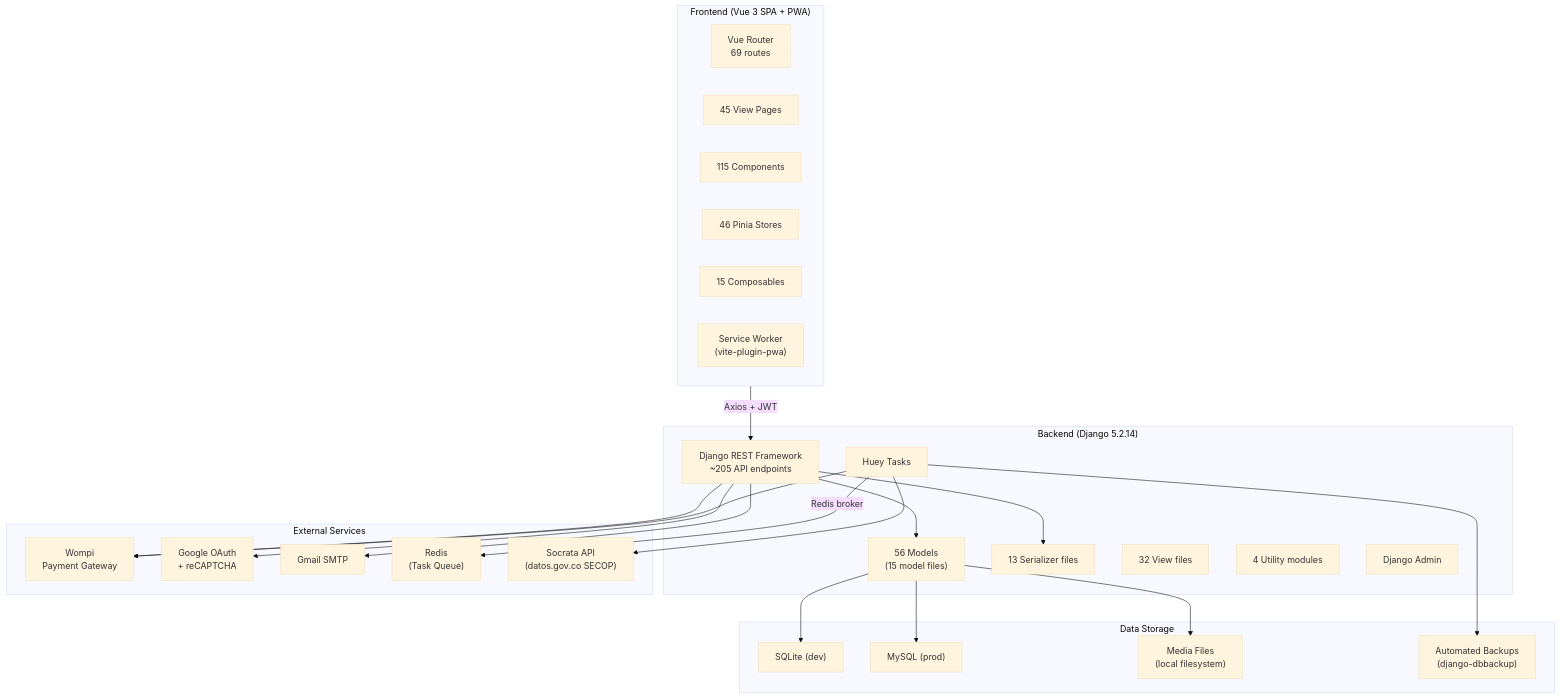
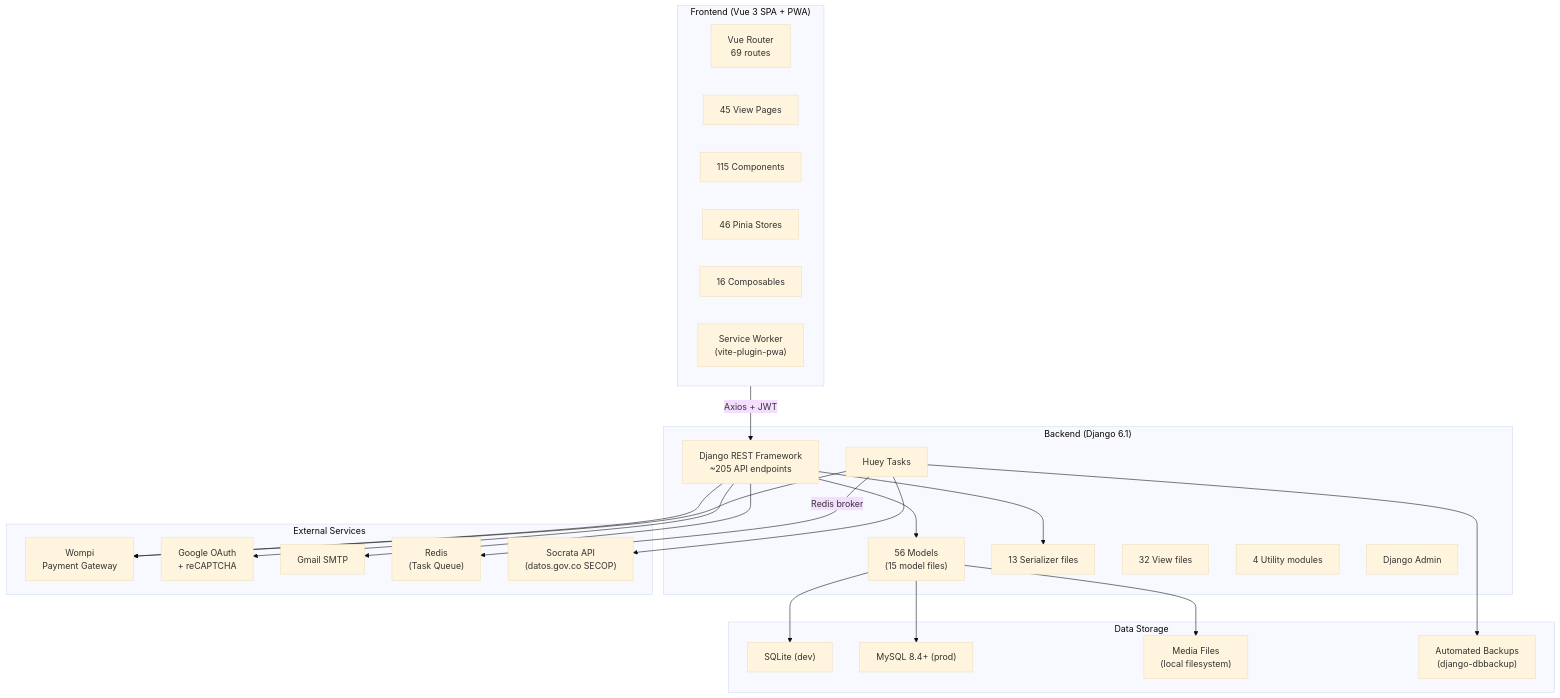
Before and after one commit to carlos18bp/gym_project: the first of 8 diagrams in docs/methodology/architecture.md, drawn with Mermaid (base theme). The commit also changed other lines of this file and 273 other files, not shown here.

````diff
--- a/docs/methodology/architecture.md
+++ b/docs/methodology/architecture.md
@@ -5,50 +5,50 @@
 ```mermaid
 flowchart TB
     subgraph Client["Frontend (Vue 3 SPA + PWA)"]
         Router["Vue Router\n69 routes"]
         Views["45 View Pages"]
         Components["115 Components"]
         Stores["46 Pinia Stores"]
-        Composables["15 Composables"]
+        Composables["16 Composables"]
         SW["Service Worker\n(vite-plugin-pwa)"]
     end
 
-    subgraph Server["Backend (Django 5.2.14)"]
+    subgraph Server["Backend (Django 6.1)"]
         DRF["Django REST Framework\n~205 API endpoints"]
         Models["56 Models\n(15 model files)"]
         Serializers["13 Serializer files"]
         Views_BE["32 View files"]
         Utils["4 Utility modules"]
         Tasks["Huey Tasks"]
         Admin["Django Admin"]
     end
 
     subgraph External["External Services"]
         Wompi["Wompi\nPayment Gateway"]
         Google["Google OAuth\n+ reCAPTCHA"]
         SMTP["Gmail SMTP"]
         Redis["Redis\n(Task Queue)"]
         Socrata["Socrata API\n(datos.gov.co SECOP)"]
     end
 
     subgraph Storage["Data Storage"]
         DB_Dev["SQLite (dev)"]
-        DB_Prod["MySQL (prod)"]
+        DB_Prod["MySQL 8.4+ (prod)"]
         Media["Media Files\n(local filesystem)"]
         Backups["Automated Backups\n(django-dbbackup)"]
     end
 
     Client -->|"Axios + JWT"| DRF
     DRF --> Models
     DRF --> Serializers
     Models --> DB_Dev
     Models --> DB_Prod
     Models --> Media
     Tasks -->|"Redis broker"| Redis
     Tasks --> Wompi
     Tasks --> Backups
     DRF --> SMTP
     DRF --> Google
     DRF --> Wompi
     Tasks --> Socrata
 ```
````
